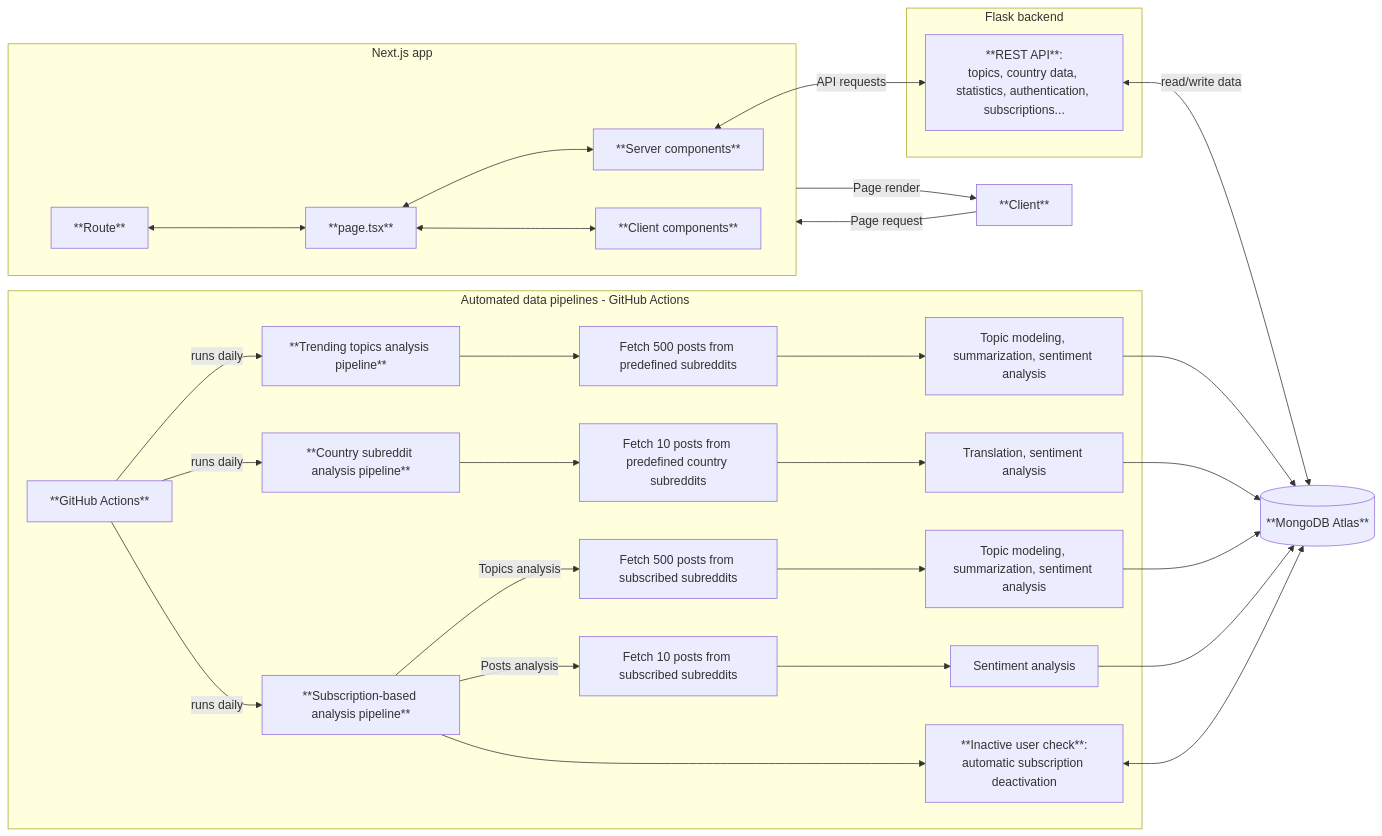
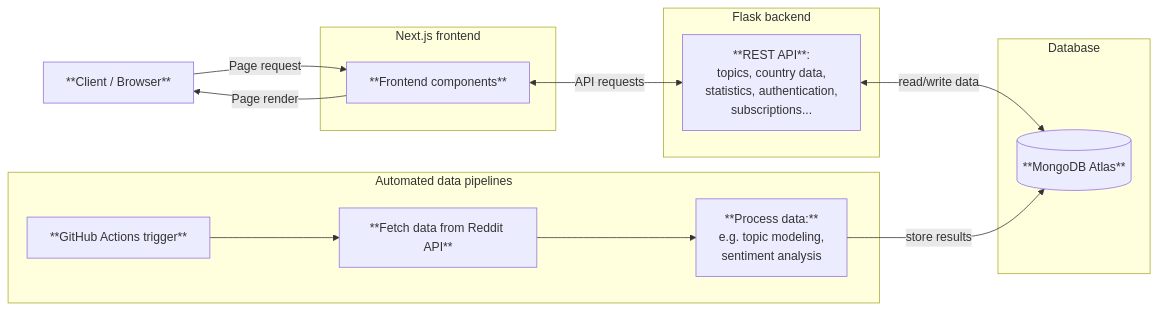
The diagram in profile/README.md (ohjelmistoprojekti-ii-reddit-app/.github), drawn with Mermaid before and after one commit. The commit also changed other lines of this file, not shown here.

Commit message:
Simplify architecture chart

````diff
--- a/profile/README.md
+++ b/profile/README.md
@@ -31,53 +31,34 @@
 ```mermaid
 flowchart LR
-    %% Database
-    C1[(**MongoDB Atlas**)]
+    %% Client
+    A[**Client / Browser**] -- Page request --> B1
+    B1 -- Page render --> A  
 
-    %% Connections
-    C7 <-- read/write data --> C1
-    E12 --> C1
-    E22 --> C1
-    E32 --> C1
-    E34 --> C1
-    E4 <--> C1
-
-    subgraph C[Flask backend]
-        C7[**REST API**:<br/>topics, country data, statistics, authentication, subscriptions...]
-    end
-    B4 <-- API requests --> C7
-
-    %% Automated pipelines
-    subgraph E[Automated data pipelines - GitHub Actions]
-        X[**GitHub Actions**]
-        X -- runs daily --> E1
-        X -- runs daily --> E2
-        X -- runs daily --> E3
-
-        E1[**Trending topics analysis pipeline**]
-        E2[**Country subreddit analysis pipeline**]
-        E3[**Subscription-based analysis pipeline**]
-        E4[**Inactive user check**:<br/>automatic subscription deactivation]
-
-        E1 --> E11[Fetch 500 posts from predefined subreddits] --> E12[Topic modeling, summarization, sentiment analysis]
-        E2 --> E21[Fetch 10 posts from predefined country subreddits] --> E22[Translation, sentiment analysis]
-        E3 -->|Topics analysis| E31[Fetch 500 posts from subscribed subreddits] --> E32[Topic modeling, summarization, sentiment analysis]
-        E3 -->|Posts analysis| E33[Fetch 10 posts from subscribed subreddits] --> E34[Sentiment analysis]
-        E3 --> E4
-    end
-  
-    %% Next.js
-    subgraph B[Next.js app]
-        B1[**Route**]
-        B2[**page.tsx**]
-        B3[**Client components**]
-        B4[**Server components**]
-
-        B1 <--> B2
-        B2 <--> B3
-        B2 <--> B4 
+    %% Frontend
+    subgraph B[Next.js frontend]
+        B1[**Frontend components**]
     end
 
-    %% Client node
-    A[**Client**] -- Page request --> B[Next.js]
-    B[Next.js] -- Page render -->A[**Client**]  
+    B1 <-- API requests --> C1
+
+    %% Backend
+    subgraph C[Flask backend]
+        C1[**REST API**:<br/>topics, country data,<br/>statistics, authentication,<br/>subscriptions...]
+    end
+
+    C1 <-- read/write data --> D1
+
+    %% Database
+    subgraph D[Database]
+        D1[(**MongoDB Atlas**)]
+    end
+
+    %% GitHub Actions
+    subgraph E[Automated data pipelines]
+        E1[**GitHub Actions trigger**]
+        E2[**Fetch data from Reddit API**]
+        E3[**Process data:**<br/>e.g. topic modeling,<br/>sentiment analysis]
+
+        E1 --> E2 --> E3 -- store results --> D1
+    end
 ```
````
